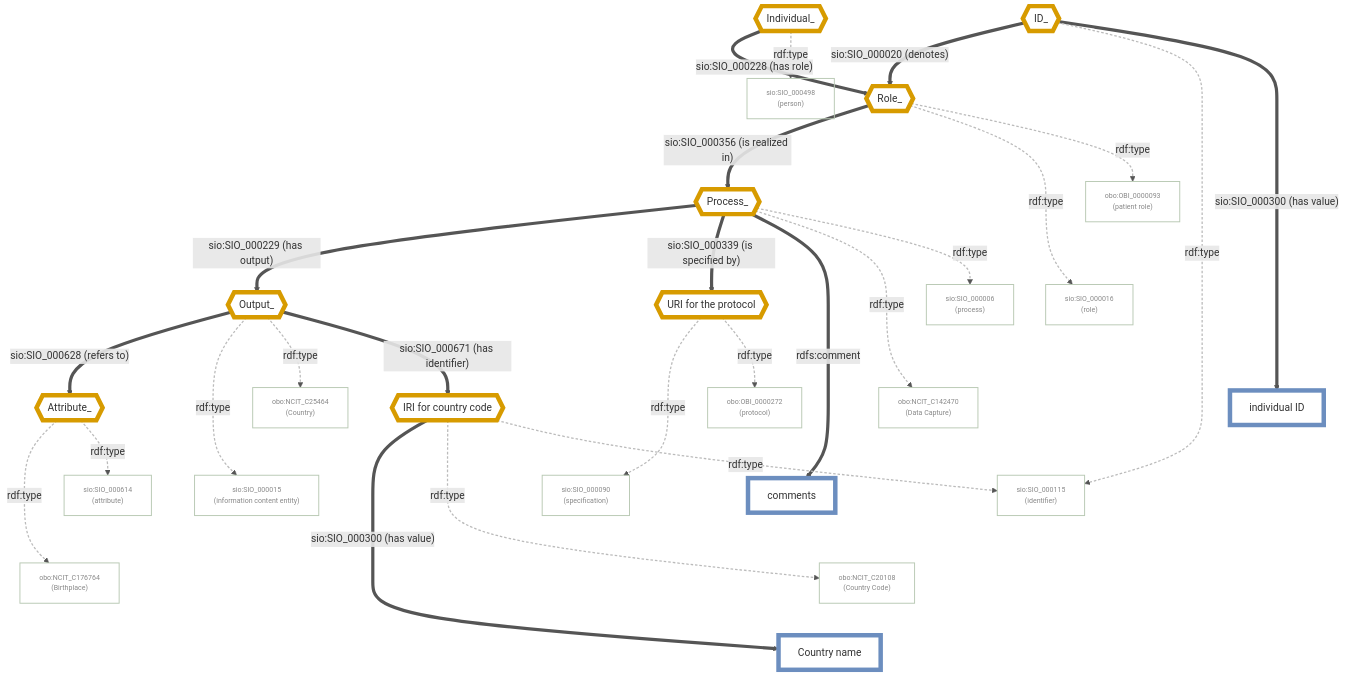
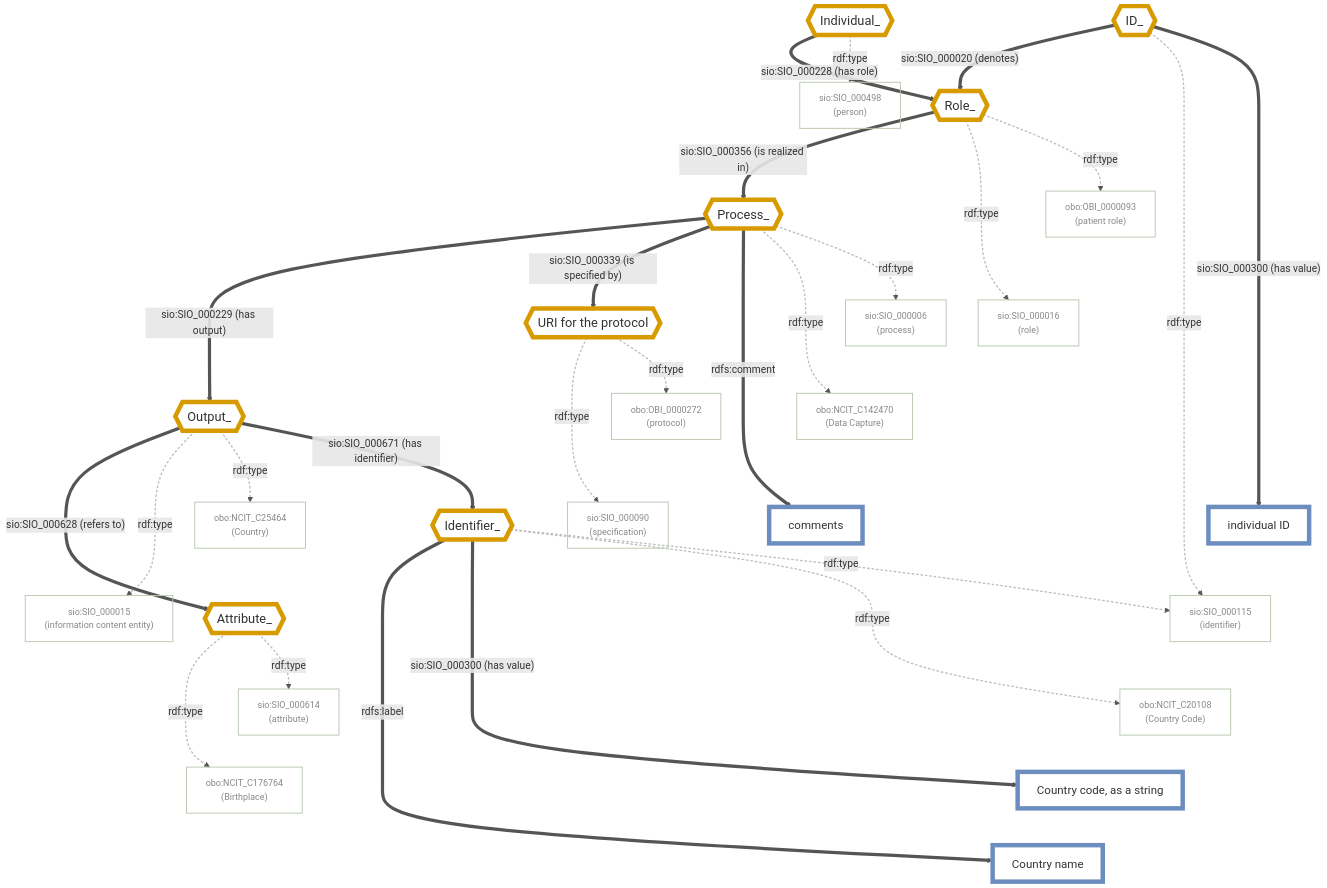
The diagram in diagrams/CARE-SM-obo-Birthplace.md (wilkinsonlab/CARE-Semantic-Model-Version-2), drawn with Mermaid before and after one commit. The commit also changed 29 other files, not shown here.

````diff
--- a/diagrams/CARE-SM-obo-Birthplace.md
+++ b/diagrams/CARE-SM-obo-Birthplace.md
@@ -16,8 +16,8 @@
 ```mermaid
 flowchart TD
-    classDef usedInstance fill:#ffffff,stroke:#d79b00,stroke-width:7px,color:#333
-    classDef classNode fill:transparent,stroke:#b9c9b4,stroke-width:1.5px,color:#888,font-size:11px
-    classDef dataValue fill:#ffffff,stroke:#6c8ebf,stroke-width:7px,color:#333
+    classDef usedInstance fill:#ffffff,stroke:#d79b00,stroke-width:7px,color:#333,font-size:20px
+    classDef classNode fill:transparent,stroke:#b9c9b4,stroke-width:1.5px,color:#888,font-size:14px
+    classDef dataValue fill:#ffffff,stroke:#6c8ebf,stroke-width:7px,color:#333,font-size:18px
     linkStyle default stroke:#555,stroke-width:5px
 
     %% Instances
@@ -28,7 +28,7 @@
     Output_{{Output_}}:::usedInstance
     Attribute_{{Attribute_}}:::usedInstance
     URIProtocol{{"URI for the protocol"}}:::usedInstance
-    IRICountryCode{{"IRI for country code"}}:::usedInstance
+    Identifier_{{Identifier_}}:::usedInstance
 
     %% Classes
     SIO_000115["sio:SIO_000115<br/>(identifier)"]:::classNode
@@ -49,8 +49,9 @@
     IndividualID["individual ID"]:::dataValue
     Comments["comments"]:::dataValue
     CountryName["Country name"]:::dataValue
+    CountryCodeValue["Country code, as a string"]:::dataValue
 
-    %% Real edges (indices 0-23)
+    %% Real edges (indices 0-24)
     ID_ -->|"sio:SIO_000300 (has value)"| IndividualID
     ID_ -->|"rdf:type"| SIO_000115
     ID_ -->|"sio:SIO_000020 (denotes)"| Role_
@@ -71,28 +72,31 @@
     URIProtocol -->|"rdf:type"| OBI_0000272
     URIProtocol -->|"rdf:type"| SIO_000090
 
-    Output_ -->|"sio:SIO_000671 (has identifier)"| IRICountryCode
+    Output_ -->|"sio:SIO_000671 (has identifier)"| Identifier_
     Output_ -->|"rdf:type"| NCIT_C25464
     Output_ -->|"rdf:type"| SIO_000015
     Output_ -->|"sio:SIO_000628 (refers to)"| Attribute_
 
-    IRICountryCode -->|"rdf:type"| SIO_000115
-    IRICountryCode -->|"rdf:type"| NCIT_C20108
-    IRICountryCode -->|"sio:SIO_000300 (has value)"| CountryName
+    Identifier_ -->|"rdf:type"| SIO_000115
+    Identifier_ -->|"rdf:type"| NCIT_C20108
+    Identifier_ -->|"sio:SIO_000300 (has value)"| CountryCodeValue
+    Identifier_ -->|"rdfs:label"| CountryName
 
     Attribute_ -->|"rdf:type"| SIO_000614
     Attribute_ -->|"rdf:type"| NCIT_C176764
 
-    %% Invisible layout-only chains (indices 24-32, hidden below) force siblings into one column
+    %% Invisible layout-only chains (indices 25-36, hidden below) force siblings into one column
     IndividualID ~~~ SIO_000115
     OBI_0000093 ~~~ SIO_000016
     SIO_000006 ~~~ NCIT_C142470 ~~~ Comments
     OBI_0000272 ~~~ SIO_000090
     NCIT_C25464 ~~~ SIO_000015
-    SIO_000115 ~~~ NCIT_C20108 ~~~ CountryName
+    SIO_000115 ~~~ NCIT_C20108 ~~~ CountryCodeValue ~~~ CountryName
     SIO_000614 ~~~ NCIT_C176764
 
-    %% rdf:type edges (indices 1,3,5,6,8,9,13,14,16,17,19,20,22,23) de-emphasized so the structural backbone stands out
-    linkStyle 1,3,5,6,8,9,13,14,16,17,19,20,22,23 stroke:#bbb,stroke-width:2px,stroke-dasharray:4 3
-    linkStyle 24,25,26,27,28,29,30,31,32 stroke:none
+    URIProtocol ~~~ Output_
+    Identifier_ ~~~ Attribute_
+    %% rdf:type edges (indices 1,3,5,6,8,9,13,14,16,17,19,20,23,24) de-emphasized so the structural backbone stands out
+    linkStyle 1,3,5,6,8,9,13,14,16,17,19,20,23,24 stroke:#bbb,stroke-width:2px,stroke-dasharray:4 3
+    linkStyle 25,26,27,28,29,30,31,32,33,34,35,36 stroke:none
 ```
````
